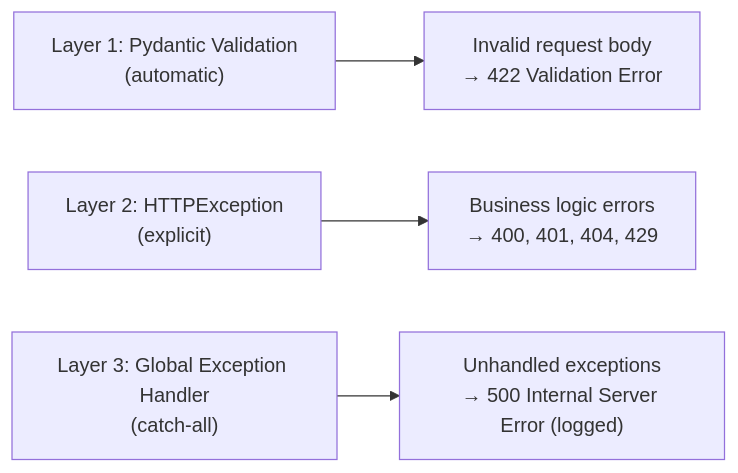
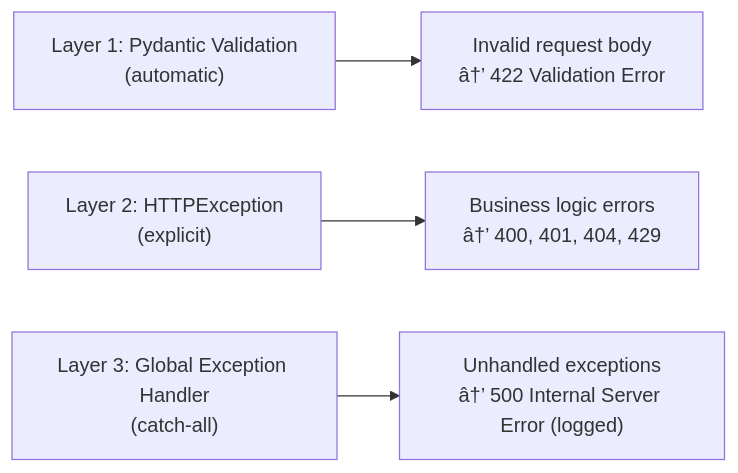
The fifth of 8 diagrams in docs/engineering/BackendArchitecture.md (rohitkumarnaidu/ARIA-OS---SecondBrain-), drawn with Mermaid before and after one commit. The commit also changed other lines of this file and 6 other files, not shown here.

````diff
--- a/docs/engineering/BackendArchitecture.md
+++ b/docs/engineering/BackendArchitecture.md
@@ -567,6 +581,6 @@
 ```mermaid
 flowchart LR
-    L1["Layer 1: Pydantic Validation<br/>(automatic)"] --> L1E["Invalid request body<br/>→ 422 Validation Error"]
-    L2["Layer 2: HTTPException<br/>(explicit)"] --> L2E["Business logic errors<br/>→ 400, 401, 404, 429"]
-    L3["Layer 3: Global Exception Handler<br/>(catch-all)"] --> L3E["Unhandled exceptions<br/>→ 500 Internal Server Error (logged)"]
+    L1["Layer 1: Pydantic Validation<br/>(automatic)"] --> L1E["Invalid request body<br/>â†’ 422 Validation Error"]
+    L2["Layer 2: HTTPException<br/>(explicit)"] --> L2E["Business logic errors<br/>â†’ 400, 401, 404, 429"]
+    L3["Layer 3: Global Exception Handler<br/>(catch-all)"] --> L3E["Unhandled exceptions<br/>â†’ 500 Internal Server Error (logged)"]
 ```
````
